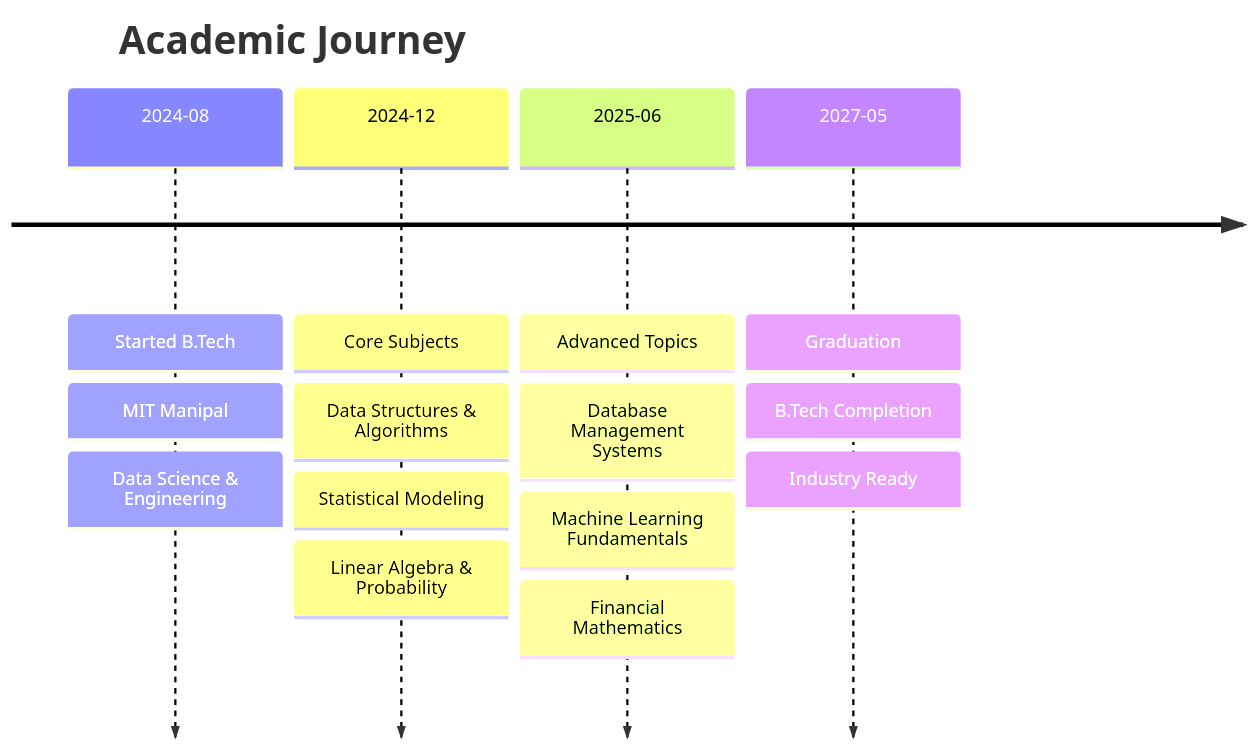
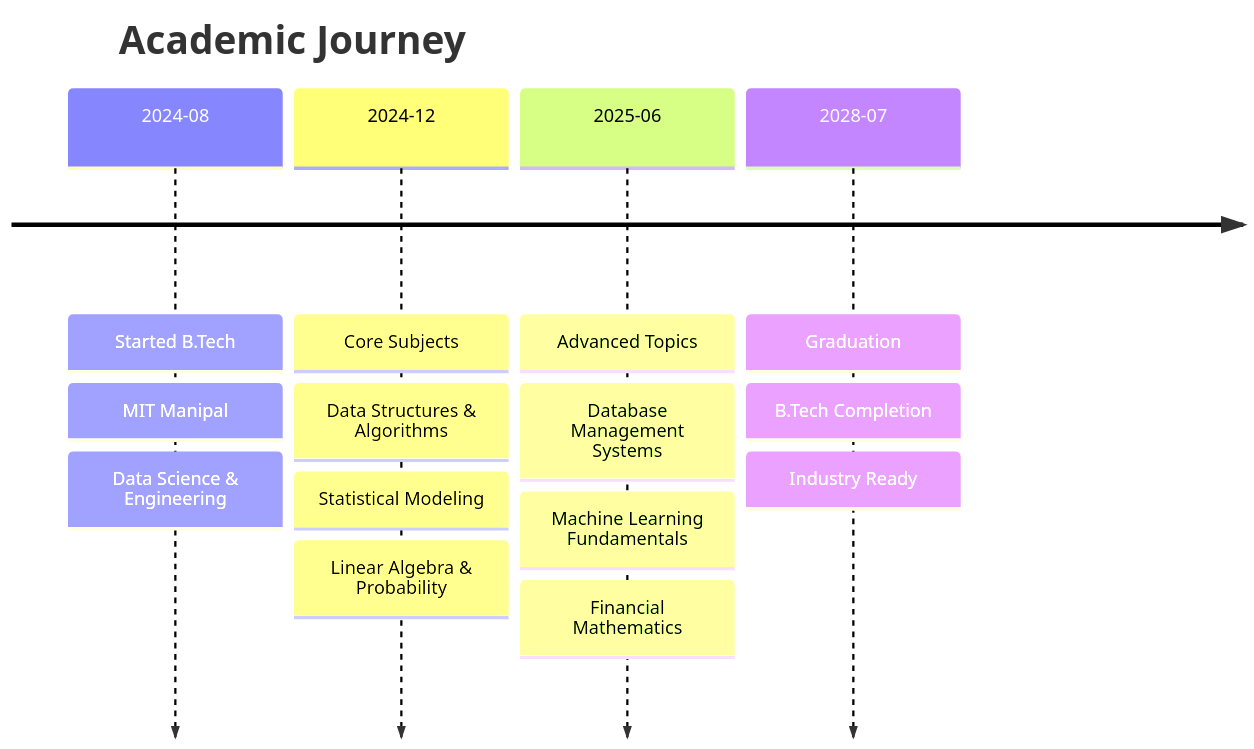
The third of 4 diagrams in README.md (AchintyaCodes/achintya-portfolio), drawn with Mermaid before and after one commit. The commit also changed other lines of this file, not shown here.

Commit message:
Fix graduation date to July 2028

````diff
--- a/README.md
+++ b/README.md
@@ -286,22 +286,22 @@
 ```mermaid
 timeline
     title Academic Journey
     
     2024-08 : Started B.Tech
             : MIT Manipal
             : Data Science & Engineering
     
     2024-12 : Core Subjects
             : Data Structures & Algorithms
             : Statistical Modeling
             : Linear Algebra & Probability
     
     2025-06 : Advanced Topics
             : Database Management Systems
             : Machine Learning Fundamentals
             : Financial Mathematics
     
-    2027-05 : Graduation
+    2028-07 : Graduation
             : B.Tech Completion
             : Industry Ready
 ```
````
